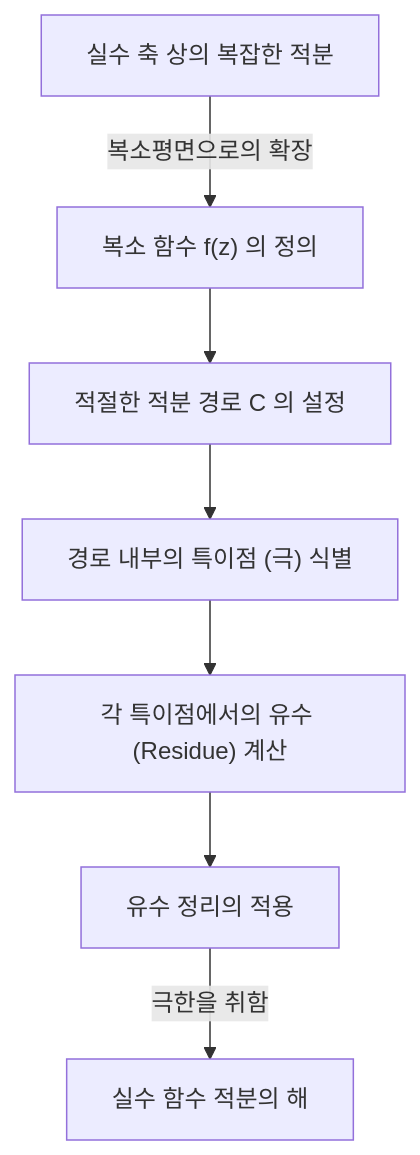
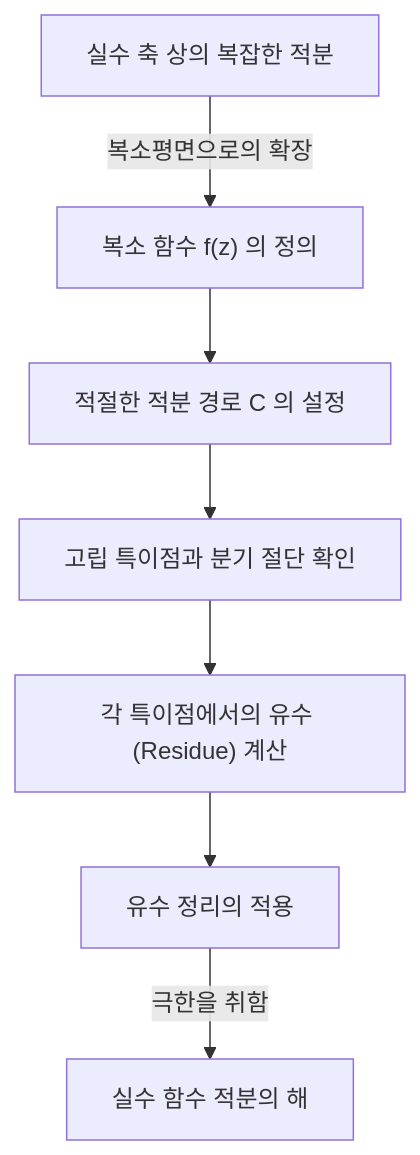
Before and after one commit to kenjinote/blog: the first of 3 diagrams in content/post/residue-theorem/index.ko.md, drawn with Mermaid. The commit also changed other lines of this file and 11 other files, not shown here.

````diff
--- a/content/post/residue-theorem/index.ko.md
+++ b/content/post/residue-theorem/index.ko.md
@@ -33,9 +34,9 @@
 ```mermaid
 flowchart TD
     A["실수 축 상의 복잡한 적분"] -->|"복소평면으로의 확장"| B["복소 함수 f(z) 의 정의"]
     B --> C["적절한 적분 경로 C 의 설정"]
-    C --> D["경로 내부의 특이점 (극) 식별"]
+    C --> D["고립 특이점과 분기 절단 확인"]
     D --> E["각 특이점에서의 유수 (Residue) 계산"]
     E --> F["유수 정리의 적용"]
     F -->|"극한을 취함"| G["실수 함수 적분의 해"]
 ```
````
